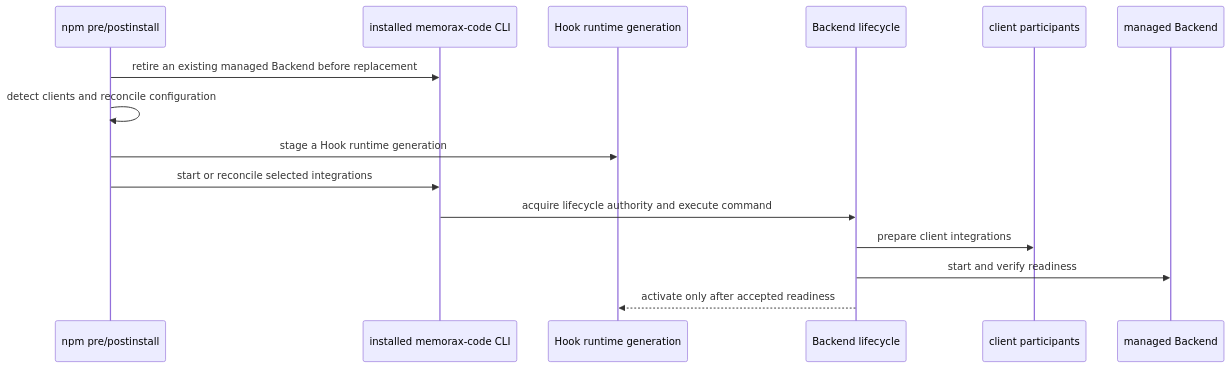
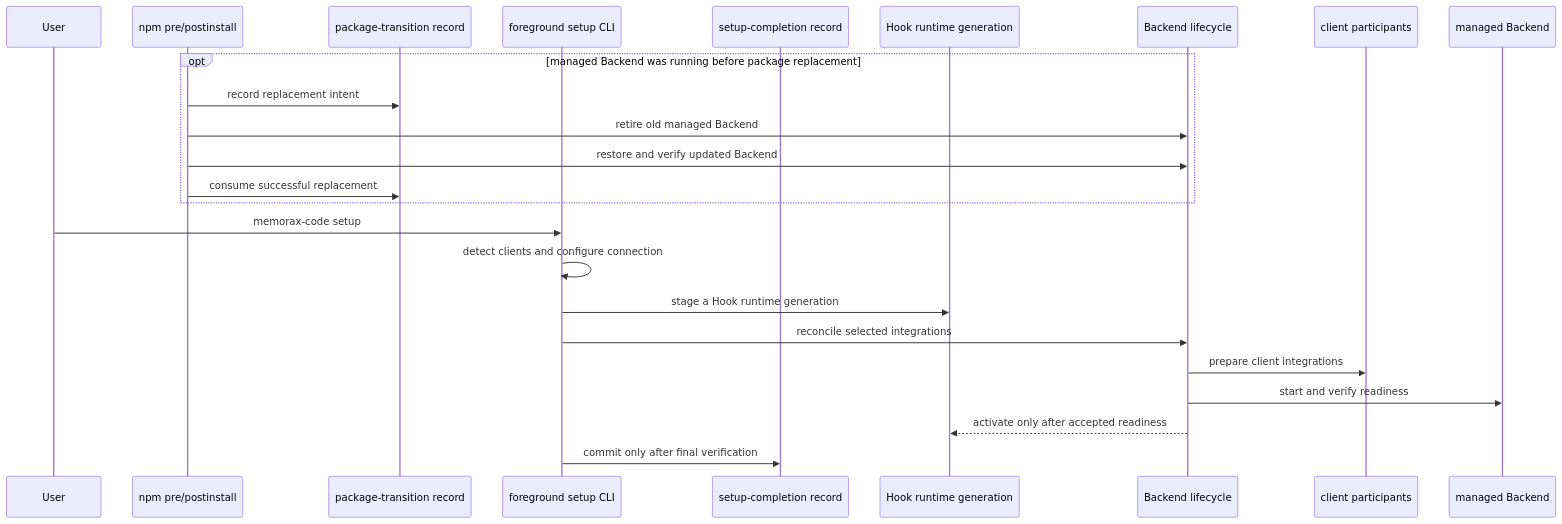
Before and after one commit to LimFang/memorax-code: the second of 6 diagrams in ARCHITECTURE.md, drawn with Mermaid. The commit also changed other lines of this file and 7 other files, not shown here.

Commit message:
docs:(install) document standard foreground setup

````diff
--- a/ARCHITECTURE.md
+++ b/ARCHITECTURE.md
@@ -150,18 +150,27 @@
 ```mermaid
 sequenceDiagram
+  participant User
   participant NPM as npm pre/postinstall
-  participant CLI as installed memorax-code CLI
+  participant Transition as package-transition record
+  participant Setup as foreground setup CLI
+  participant Completion as setup-completion record
   participant Generation as Hook runtime generation
   participant Lifecycle as Backend lifecycle
   participant Participants as client participants
   participant Service as managed Backend
 
-  NPM->>CLI: retire an existing managed Backend before replacement
-  NPM->>NPM: detect clients and reconcile configuration
-  NPM->>Generation: stage a Hook runtime generation
-  NPM->>CLI: start or reconcile selected integrations
-  CLI->>Lifecycle: acquire lifecycle authority and execute command
+  opt managed Backend was running before package replacement
+    NPM->>Transition: record replacement intent
+    NPM->>Lifecycle: retire old managed Backend
+    NPM->>Lifecycle: restore and verify updated Backend
+    NPM->>Transition: consume successful replacement
+  end
+  User->>Setup: memorax-code setup
+  Setup->>Setup: detect clients and configure connection
+  Setup->>Generation: stage a Hook runtime generation
+  Setup->>Lifecycle: reconcile selected integrations
   Lifecycle->>Participants: prepare client integrations
   Lifecycle->>Service: start and verify readiness
   Lifecycle-->>Generation: activate only after accepted readiness
+  Setup->>Completion: commit only after final verification
 ```
````
